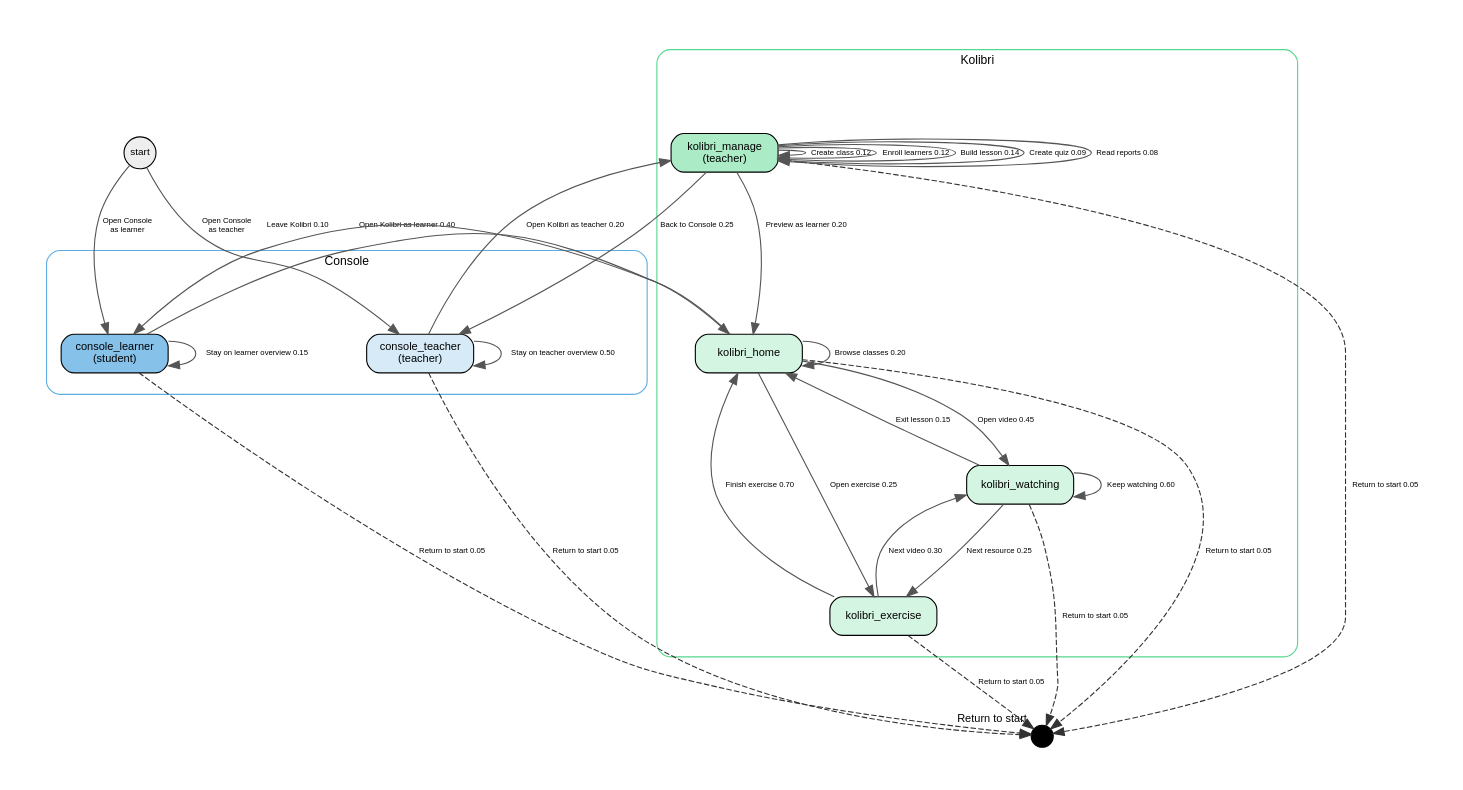
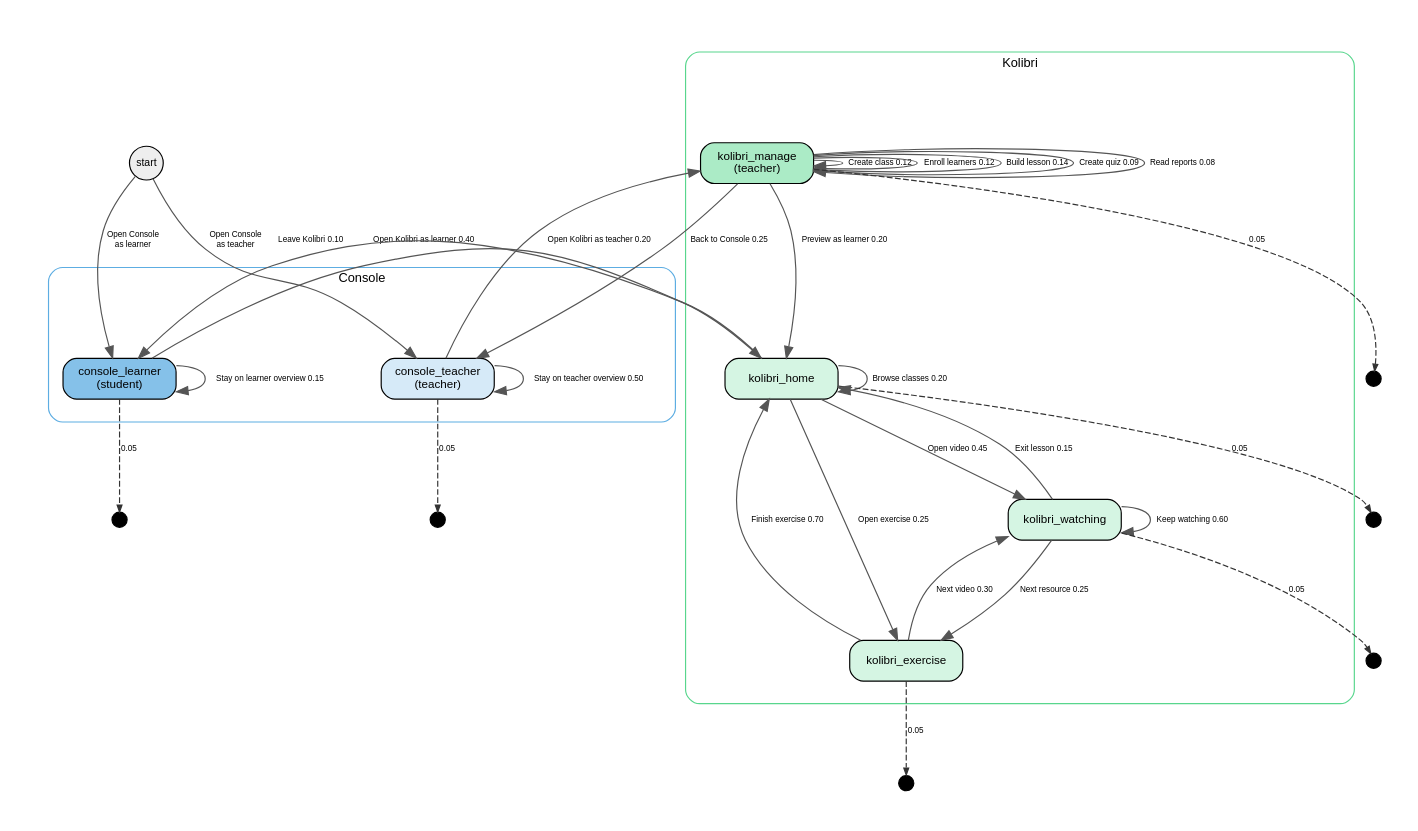
The diagram in proposals/duration-tests-usage-kolibri.dot (koenswings/agent-engine-dev), drawn with Graphviz before and after one commit. The commit also changed 20 other files, not shown here.

```diff
--- a/proposals/duration-tests-usage-kolibri.dot
+++ b/proposals/duration-tests-usage-kolibri.dot
@@ -1,72 +1,77 @@
 digraph DurationTestsUsageKolibri {
   rankdir=TB;
   size="16,9!";
   ratio=fill;
   bgcolor="white";
   pad="0.35";
   nodesep="0.35";
   ranksep="0.55";
   fontname="Helvetica";
   splines=true;
   overlap=false;
   node [shape=box, style="rounded,filled", fontname="Helvetica", fontsize=10, width=1.35, height=0.48, margin="0.08,0.06"];
   edge [fontname="Helvetica", fontsize=7, color="#555555"];
 
   start [label="start", shape=circle, width=0.40, height=0.40, fixedsize=true, fillcolor="#eeeeee", style=filled, fontsize=9];
-  start_return [label="", shape=circle, width=0.28, height=0.28, fixedsize=true, fillcolor="black", style=filled, color="black", xlabel="Return to start"];
-
-  subgraph cluster_console {
+subgraph cluster_console {
     label="Console";
     fontsize=11;
     style=rounded;
     color="#5DADE2";
     console_teacher [label="console_teacher\n(teacher)", fillcolor="#D6EAF8"];
     console_learner  [label="console_learner\n(student)", fillcolor="#85C1E9"];
   }
 
   subgraph cluster_kolibri {
     label="Kolibri";
     fontsize=11;
     style=rounded;
     color="#58D68D";
     kolibri_home     [label="kolibri_home", fillcolor="#D5F5E3"];
     kolibri_watching [label="kolibri_watching", fillcolor="#D5F5E3"];
     kolibri_exercise [label="kolibri_exercise", fillcolor="#D5F5E3"];
     kolibri_manage   [label="kolibri_manage\n(teacher)", fillcolor="#ABEBC6"];
   }
 
   start -> console_teacher [label="Open Console\nas teacher"];
   start -> console_learner  [label="Open Console\nas learner"];
 
   console_teacher -> kolibri_manage   [label="Open Kolibri as teacher 0.20"];
   console_teacher -> console_teacher  [label="Stay on teacher overview 0.50"];
   console_learner -> kolibri_home     [label="Open Kolibri as learner 0.40"];
   console_learner -> console_learner  [label="Stay on learner overview 0.15"];
 
   kolibri_manage -> kolibri_manage   [label="Create class 0.12"];
   kolibri_manage -> kolibri_manage   [label="Enroll learners 0.12"];
   kolibri_manage -> kolibri_manage   [label="Build lesson 0.14"];
   kolibri_manage -> kolibri_manage   [label="Create quiz 0.09"];
   kolibri_manage -> kolibri_manage   [label="Read reports 0.08"];
   kolibri_manage -> kolibri_home     [label="Preview as learner 0.20"];
   kolibri_manage -> console_teacher  [label="Back to Console 0.25"];
 
   kolibri_home -> kolibri_watching [label="Open video 0.45"];
   kolibri_home -> kolibri_exercise [label="Open exercise 0.25"];
   kolibri_home -> kolibri_home     [label="Browse classes 0.20"];
   kolibri_home -> console_learner  [label="Leave Kolibri 0.10"];
 
   kolibri_watching -> kolibri_watching [label="Keep watching 0.60"];
   kolibri_watching -> kolibri_exercise [label="Next resource 0.25"];
   kolibri_watching -> kolibri_home     [label="Exit lesson 0.15"];
 
   kolibri_exercise -> kolibri_home     [label="Finish exercise 0.70"];
   kolibri_exercise -> kolibri_watching [label="Next video 0.30"];
 
-  console_teacher -> start_return [label="Return to start 0.05", style=dashed, color="#333333"];
-  console_learner -> start_return [label="Return to start 0.05", style=dashed, color="#333333"];
-  kolibri_home -> start_return [label="Return to start 0.05", style=dashed, color="#333333"];
-  kolibri_watching -> start_return [label="Return to start 0.05", style=dashed, color="#333333"];
-  kolibri_exercise -> start_return [label="Return to start 0.05", style=dashed, color="#333333"];
-  kolibri_manage -> start_return [label="Return to start 0.05", style=dashed, color="#333333"];
+  // Per-state Return-to-start shortcuts (dedicated black circles)
+  console_learner_ret [label="", shape=circle, width=0.18, height=0.18, fixedsize=true, fillcolor="black", style=filled, color="black"];
+  console_learner -> console_learner_ret [label="0.05", style=dashed, color="#333333", arrowsize=0.6, minlen=1];
+  console_teacher_ret [label="", shape=circle, width=0.18, height=0.18, fixedsize=true, fillcolor="black", style=filled, color="black"];
+  console_teacher -> console_teacher_ret [label="0.05", style=dashed, color="#333333", arrowsize=0.6, minlen=1];
+  kolibri_exercise_ret [label="", shape=circle, width=0.18, height=0.18, fixedsize=true, fillcolor="black", style=filled, color="black"];
+  kolibri_exercise -> kolibri_exercise_ret [label="0.05", style=dashed, color="#333333", arrowsize=0.6, minlen=1];
+  kolibri_home_ret [label="", shape=circle, width=0.18, height=0.18, fixedsize=true, fillcolor="black", style=filled, color="black"];
+  kolibri_home -> kolibri_home_ret [label="0.05", style=dashed, color="#333333", arrowsize=0.6, minlen=1];
+  kolibri_manage_ret [label="", shape=circle, width=0.18, height=0.18, fixedsize=true, fillcolor="black", style=filled, color="black"];
+  kolibri_manage -> kolibri_manage_ret [label="0.05", style=dashed, color="#333333", arrowsize=0.6, minlen=1];
+  kolibri_watching_ret [label="", shape=circle, width=0.18, height=0.18, fixedsize=true, fillcolor="black", style=filled, color="black"];
+  kolibri_watching -> kolibri_watching_ret [label="0.05", style=dashed, color="#333333", arrowsize=0.6, minlen=1];
 }
```
